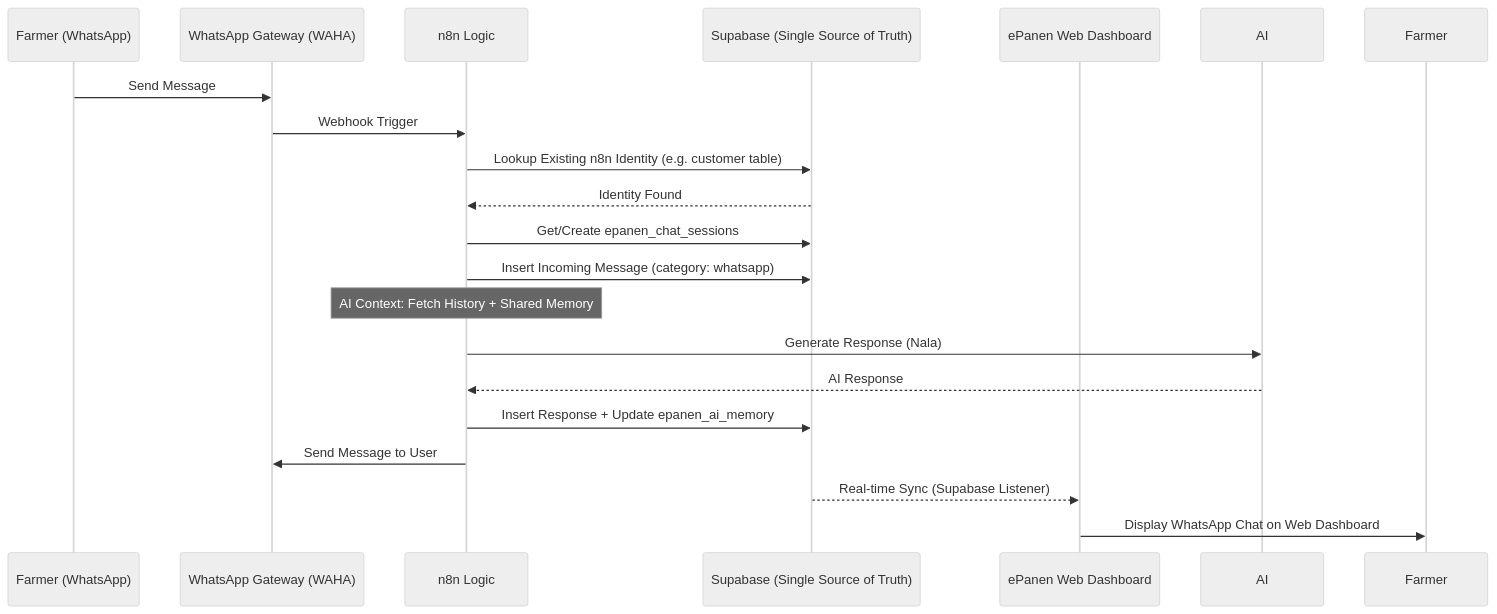
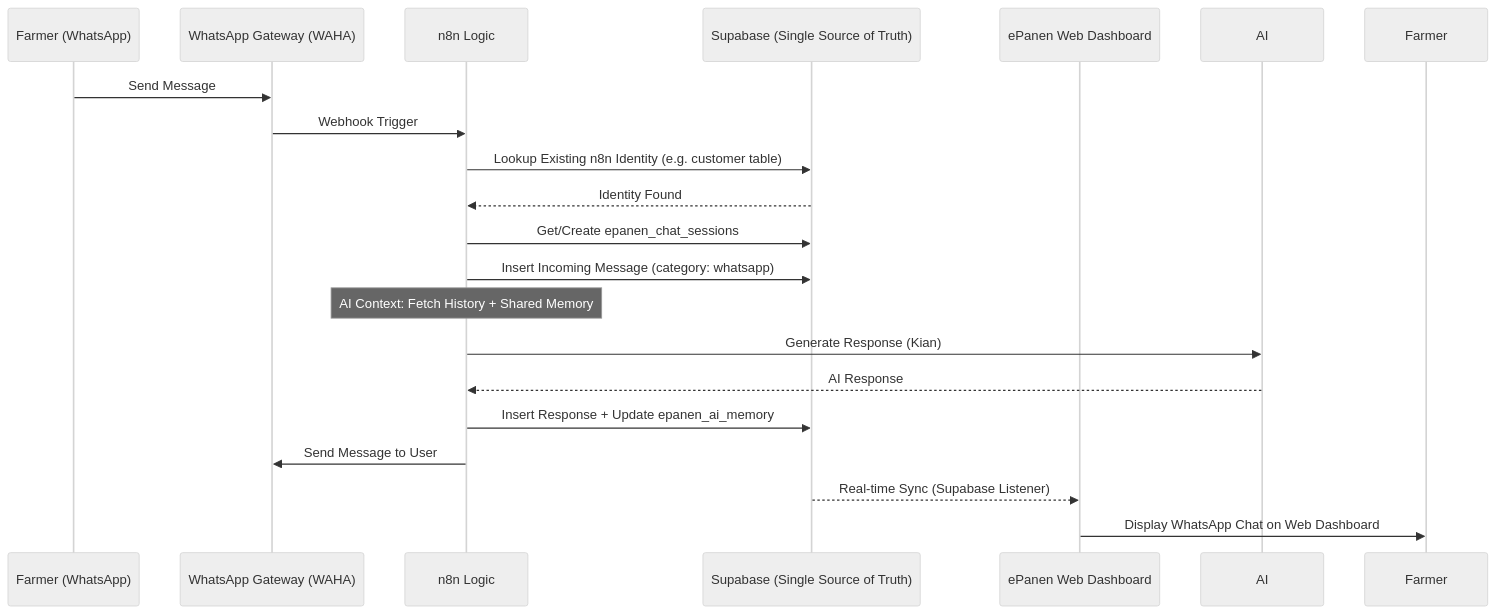
Before and after one commit to fahruhernan-dotcom/ePanen: the diagram in plan.md, drawn with Mermaid (neutral theme). The commit also changed other lines of this file and 20 other files, not shown here.

Commit message:
chore: Rename Nala to Kian globally across the platform

````diff
--- a/plan.md
+++ b/plan.md
@@ -7,22 +7,22 @@
 ```mermaid
 sequenceDiagram
     participant User as Farmer (WhatsApp)
     participant WAHA as WhatsApp Gateway (WAHA)
     participant n8n as n8n Logic
     participant Supa as Supabase (Single Source of Truth)
     participant Web as ePanen Web Dashboard
 
     User->>WAHA: Send Message
     WAHA->>n8n: Webhook Trigger
     n8n->>Supa: Lookup Existing n8n Identity (e.g. customer table)
     Supa-->>n8n: Identity Found
     n8n->>Supa: Get/Create epanen_chat_sessions
     n8n->>Supa: Insert Incoming Message (category: whatsapp)
     Note over n8n: AI Context: Fetch History + Shared Memory
-    n8n->>AI: Generate Response (Nala)
+    n8n->>AI: Generate Response (Kian)
     AI-->>n8n: AI Response
     n8n->>Supa: Insert Response + Update epanen_ai_memory
     n8n->>WAHA: Send Message to User
     Supa-->>Web: Real-time Sync (Supabase Listener)
     Web->>Farmer: Display WhatsApp Chat on Web Dashboard
 ```
````
